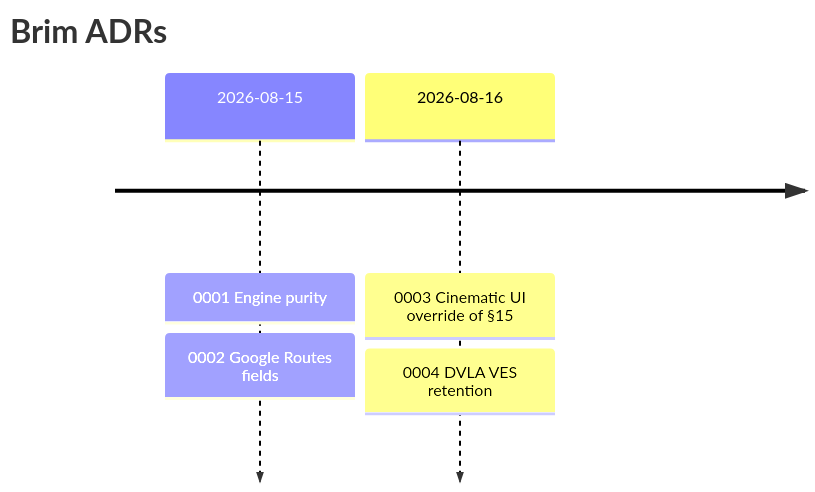
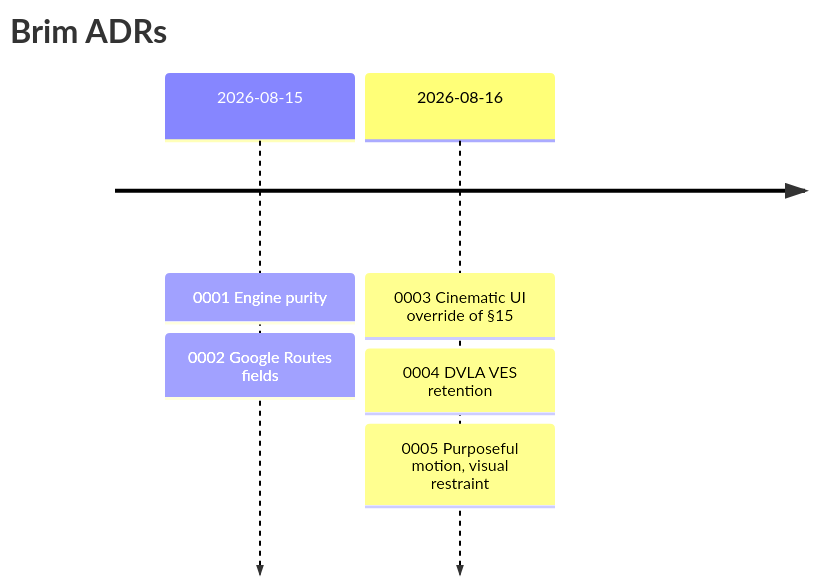
One commit to Hum2a/Brim changed the diagram in docs/adr/README.md. Above: the diagram before and after it, drawn with Mermaid. The commit also changed other lines of this file and 38 other files, not shown here.

````diff
--- a/docs/adr/README.md
+++ b/docs/adr/README.md
@@ -5,8 +5,9 @@
 ```mermaid
 timeline
   title Brim ADRs
   2026-08-15 : 0001 Engine purity
              : 0002 Google Routes fields
   2026-08-16 : 0003 Cinematic UI override of §15
              : 0004 DVLA VES retention
+             : 0005 Purposeful motion, visual restraint
 ```
````
